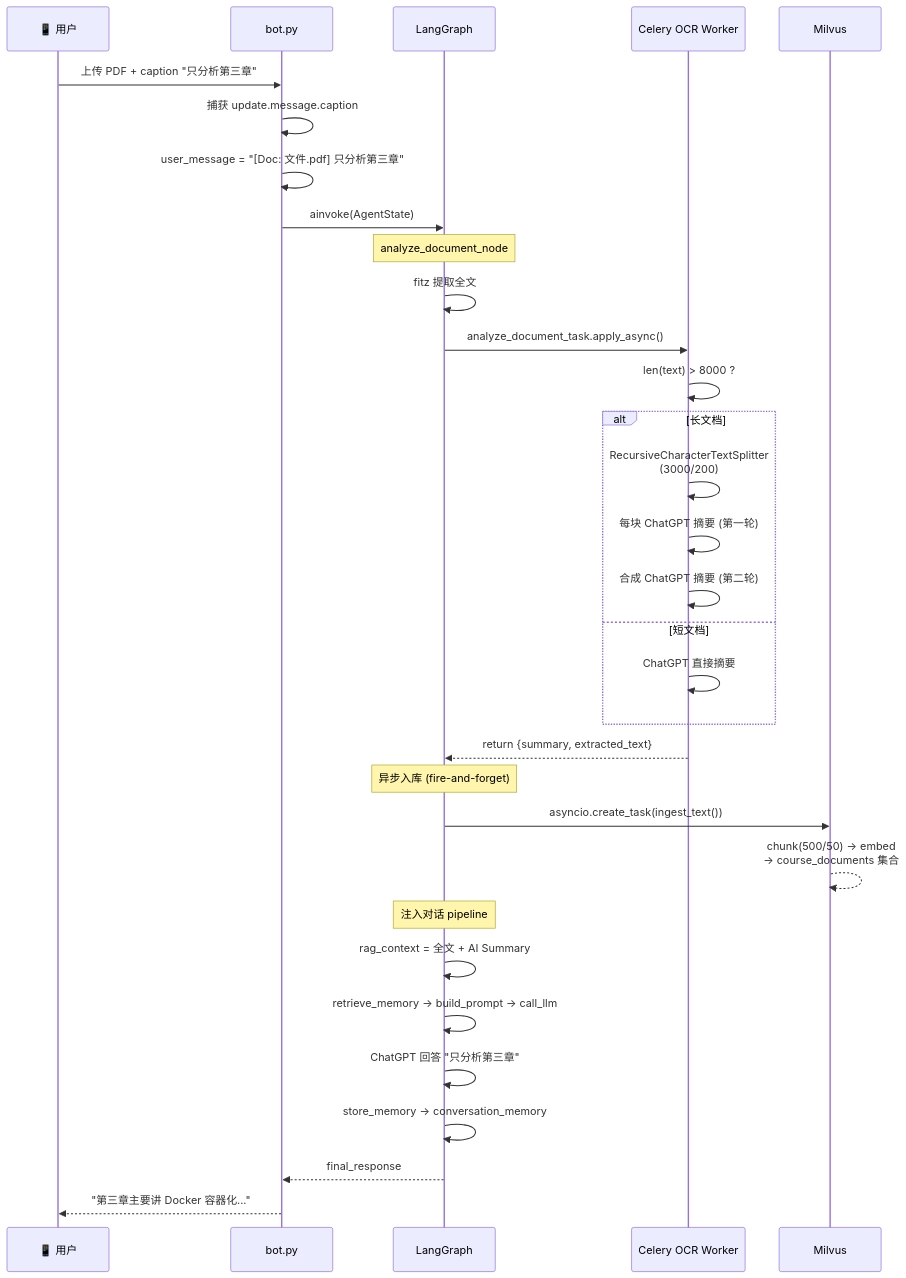
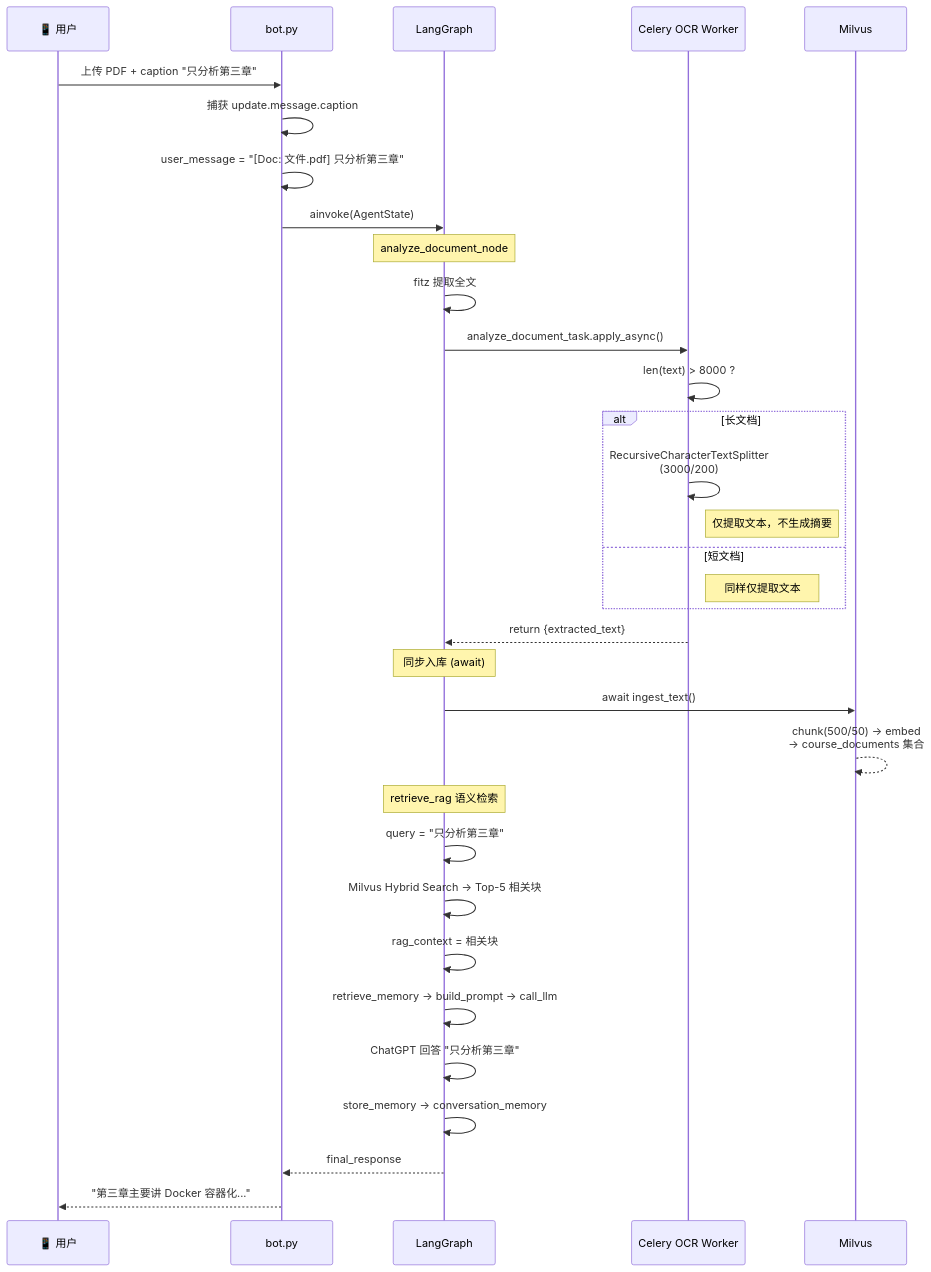
Before and after one commit to ravemelodic/Multi-functional_AI_Assistant: the fifth of 9 diagrams in 流程图.md, drawn with Mermaid. The commit also changed other lines of this file and 9 other files, not shown here.

First line of the commit message:
refactor: PDF 分析改为纯提取+入库+retrieve_rag 语义检索

````diff
--- a/流程图.md
+++ b/流程图.md
@@ -133,41 +133,42 @@
 ```mermaid
 sequenceDiagram
     participant User as 📱 用户
     participant Bot as bot.py
     participant Graph as LangGraph
     participant Celery as Celery OCR Worker
     participant Milvus as Milvus
 
     User->>Bot: 上传 PDF + caption "只分析第三章"
     Bot->>Bot: 捕获 update.message.caption
     Bot->>Bot: user_message = "[Doc: 文件.pdf] 只分析第三章"
     Bot->>Graph: ainvoke(AgentState)
 
     Note over Graph: analyze_document_node
     Graph->>Graph: fitz 提取全文
     Graph->>Celery: analyze_document_task.apply_async()
     Celery->>Celery: len(text) > 8000 ?
     
     alt 长文档
         Celery->>Celery: RecursiveCharacterTextSplitter<br/>(3000/200)
-        Celery->>Celery: 每块 ChatGPT 摘要 (第一轮)
-        Celery->>Celery: 合成 ChatGPT 摘要 (第二轮)
+        Note right of Celery: 仅提取文本，不生成摘要
     else 短文档
-        Celery->>Celery: ChatGPT 直接摘要
+        Note right of Celery: 同样仅提取文本
     end
     
-    Celery-->>Graph: return {summary, extracted_text}
+    Celery-->>Graph: return {extracted_text}
 
-    Note over Graph: 异步入库 (fire-and-forget)
-    Graph->>Milvus: asyncio.create_task(ingest_text())
+    Note over Graph: 同步入库 (await)
+    Graph->>Milvus: await ingest_text()
     Milvus-->>Milvus: chunk(500/50) → embed<br/>→ course_documents 集合
 
-    Note over Graph: 注入对话 pipeline
-    Graph->>Graph: rag_context = 全文 + AI Summary
+    Note over Graph: retrieve_rag 语义检索
+    Graph->>Graph: query = "只分析第三章"
+    Graph->>Graph: Milvus Hybrid Search → Top-5 相关块
+    Graph->>Graph: rag_context = 相关块
     Graph->>Graph: retrieve_memory → build_prompt → call_llm
     Graph->>Graph: ChatGPT 回答 "只分析第三章"
     Graph->>Graph: store_memory → conversation_memory
     
     Graph-->>Bot: final_response
     Bot-->>User: "第三章主要讲 Docker 容器化..."
 ```
````
